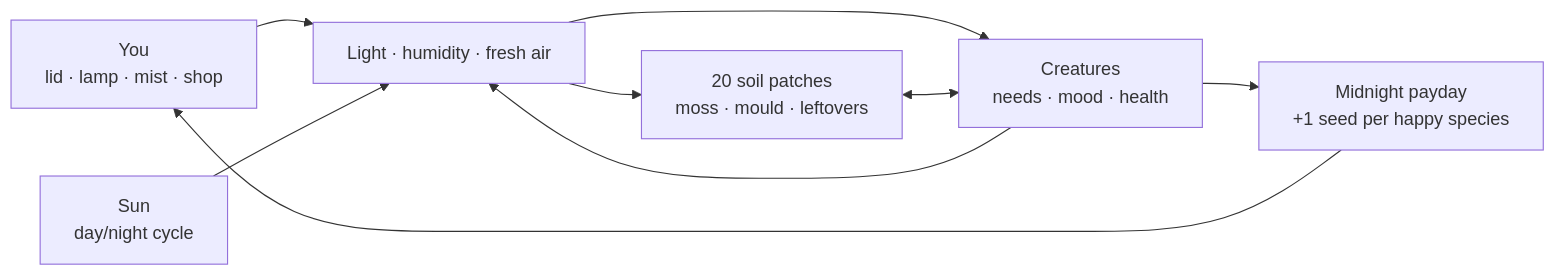
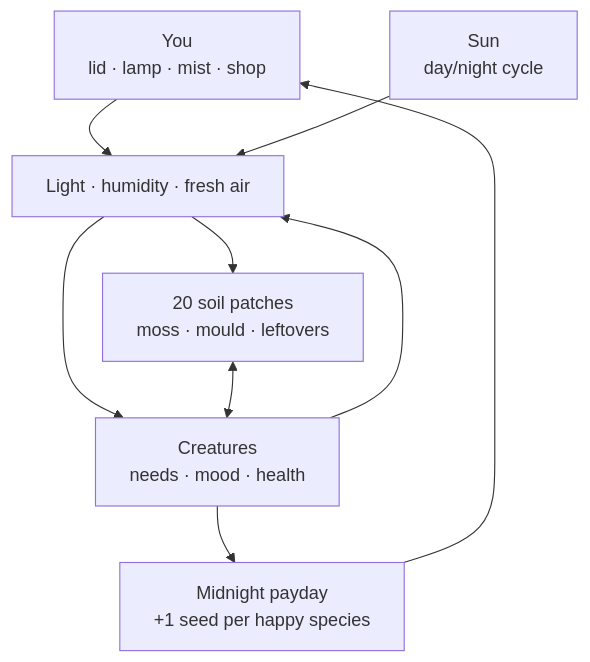
One commit to GianneAngely/jar-garden changed the diagram in README.md. Above: the diagram before and after it, drawn with Mermaid.

Commit message:
README: draw the sim loop top to bottom so it reads at full size

````diff
--- a/README.md
+++ b/README.md
@@ -17,11 +17,11 @@
 ```mermaid
-flowchart LR
+flowchart TB
   you[You<br/>lid · lamp · mist · shop] --> env
   sun[Sun<br/>day/night cycle] --> env
   env[Light · humidity · fresh air] --> soil[20 soil patches<br/>moss · mould · leftovers]
   env --> life[Creatures<br/>needs · mood · health]
   soil <--> life
   life --> env
   life --> pay[Midnight payday<br/>+1 seed per happy species]
   pay --> you
 ```
````
